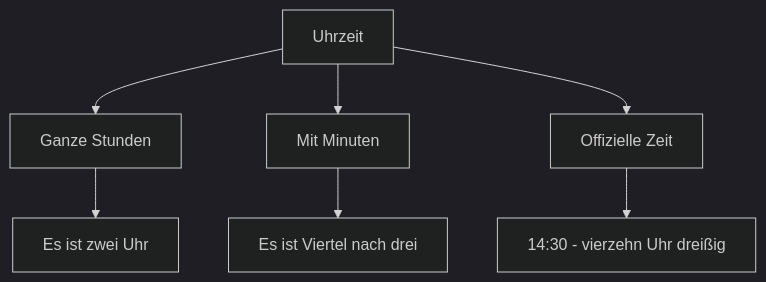
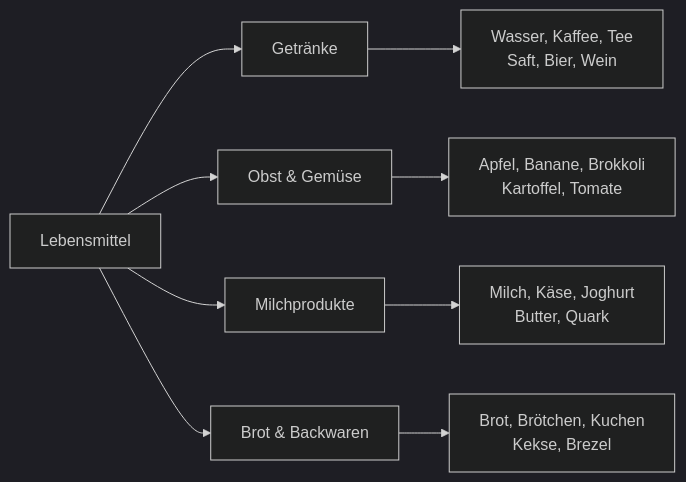
One commit to wulfnb/german changed the second of 3 diagrams in docs/niveau/a1/wortschatz.md. Above: the diagram before and after it, drawn with Mermaid (dark theme). The commit also changed other lines of this file and 20 other files, not shown here.

````diff
--- a/docs/niveau/a1/wortschatz.md
+++ b/docs/niveau/a1/wortschatz.md
@@ -162,10 +68,12 @@
 ```mermaid
-graph TD
-    A[Uhrzeit] --> B[Ganze Stunden]
-    A --> C[Mit Minuten]
-    A --> D[Offizielle Zeit]
+graph LR
+    A[Lebensmittel] --> B[Getränke]
+    A --> C[Obst & Gemüse]
+    A --> D[Milchprodukte]
+    A --> E[Brot & Backwaren]
     
-    B --> B1[Es ist zwei Uhr]
-    C --> C1[Es ist Viertel nach drei]
-    D --> D1[14:30 - vierzehn Uhr dreißig]
+    B --> B1[Wasser, Kaffee, Tee<br/>Saft, Bier, Wein]
+    C --> C1[Apfel, Banane, Brokkoli<br/>Kartoffel, Tomate]
+    D --> D1[Milch, Käse, Joghurt<br/>Butter, Quark]
+    E --> E1[Brot, Brötchen, Kuchen<br/>Kekse, Brezel]
 ```
````
